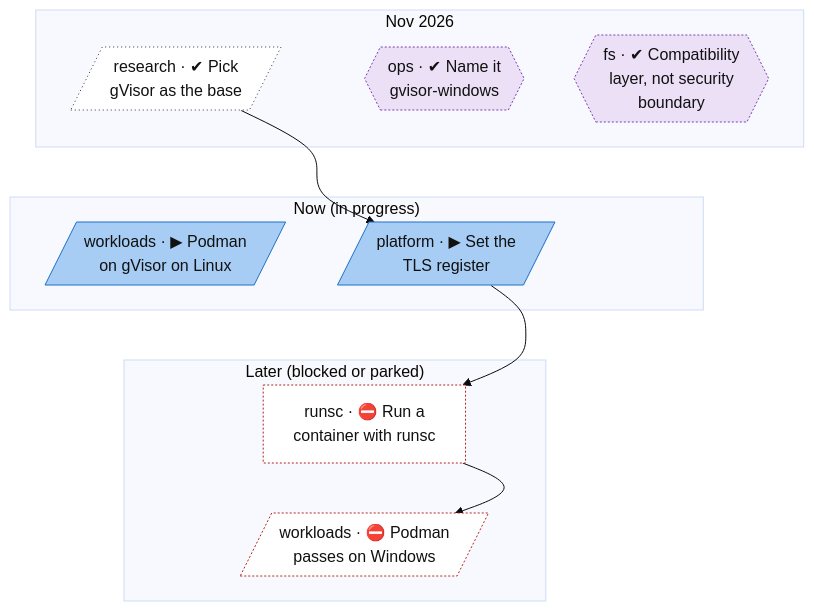
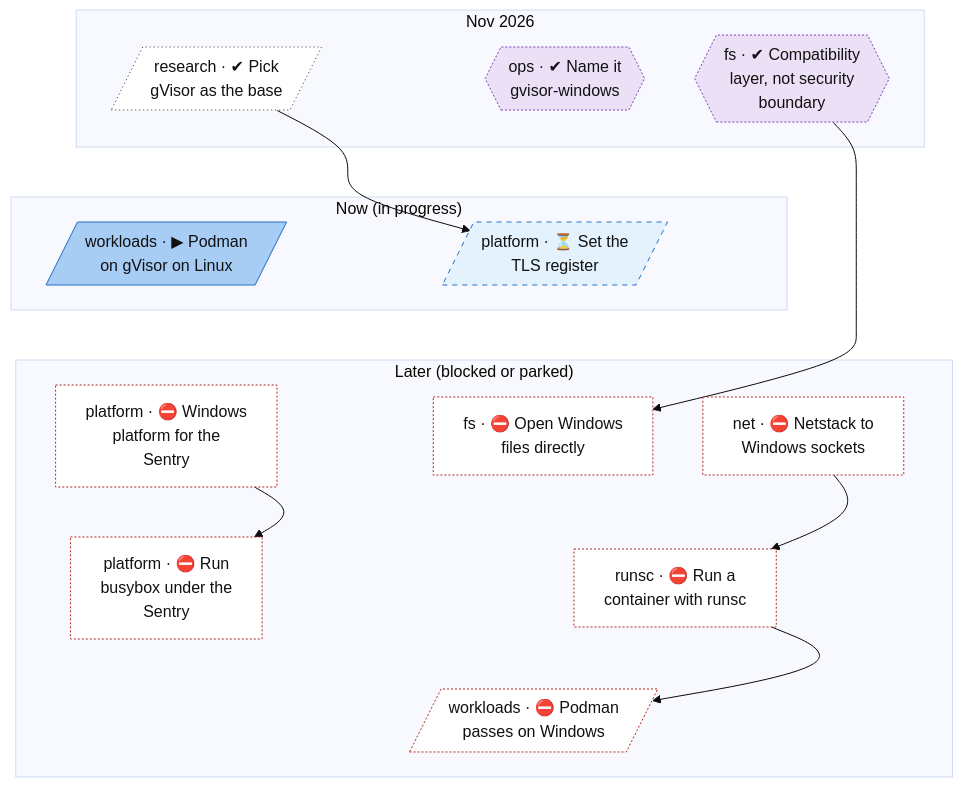
Before and after one commit to lhns/gvisor-windows: the second of 2 diagrams in docs/roadmap.md, drawn with Mermaid (base theme). The commit also changed other lines of this file and 13 other files, not shown here.

````diff
--- a/docs/roadmap.md
+++ b/docs/roadmap.md
@@ -100,43 +100,55 @@
 ```mermaid
 flowchart TB
     subgraph bd_0["Nov 2026"]
         research_gvisor_base[/"research · ✔ Pick<br/>gVisor as the base"/]
         ops_name_and_fork{{"ops · ✔ Name it<br/>gvisor-windows"}}
         fs_compat_layer_not_boundary{{"fs · ✔ Compatibility<br/>layer, not security<br/>boundary"}}
     end
     subgraph bd_1["Now (in progress)"]
         workloads_podman_on_gvisor_linux[/"workloads · ▶ Podman<br/>on gVisor on Linux"/]
-        platform_tls_register[/"platform · ▶ Set the<br/>TLS register"/]
+        platform_tls_register[/"platform · ⏳ Set the<br/>TLS register"/]
     end
     subgraph bd_2["Later (blocked or parked)"]
+        platform_winstub["platform · ⛔ Windows<br/>platform for the<br/>Sentry"]
+        fs_windows_directfs["fs · ⛔ Open Windows<br/>files directly"]
+        net_netstack_windows_link["net · ⛔ Netstack to<br/>Windows sockets"]
+        platform_busybox_on_windows["platform · ⛔ Run<br/>busybox under the<br/>Sentry"]
         runsc_container_on_windows["runsc · ⛔ Run a<br/>container with runsc"]
         workloads_podman_on_windows[/"workloads · ⛔ Podman<br/>passes on Windows"/]
     end
     research_gvisor_base ~~~ workloads_podman_on_gvisor_linux
     ops_name_and_fork ~~~ platform_tls_register
     fs_compat_layer_not_boundary ~~~ platform_tls_register
-    workloads_podman_on_gvisor_linux ~~~ runsc_container_on_windows
-    platform_tls_register ~~~ runsc_container_on_windows
+    workloads_podman_on_gvisor_linux ~~~ platform_winstub
+    platform_tls_register ~~~ fs_windows_directfs
+    platform_tls_register ~~~ net_netstack_windows_link
+    platform_winstub ~~~ platform_busybox_on_windows
+    fs_windows_directfs ~~~ runsc_container_on_windows
+    net_netstack_windows_link ~~~ runsc_container_on_windows
+    platform_busybox_on_windows ~~~ workloads_podman_on_windows
     runsc_container_on_windows ~~~ workloads_podman_on_windows
     research_gvisor_base --> platform_tls_register
-    platform_tls_register --> runsc_container_on_windows
+    fs_compat_layer_not_boundary --> fs_windows_directfs
+    platform_winstub --> platform_busybox_on_windows
+    net_netstack_windows_link --> runsc_container_on_windows
     runsc_container_on_windows --> workloads_podman_on_windows
     classDef vsucc fill:#2e9e4f,stroke:#1b6b34,color:#fff
     classDef succ fill:#bfe8c8,stroke:#2e9e4f,color:#111
     classDef mixed fill:#ffd37a,stroke:#c98a00,color:#111
     classDef bad fill:#f28b82,stroke:#b3261e,color:#111
     classDef dead fill:#e6e6e6,stroke:#777,stroke-dasharray:5 5,color:#555
     classDef inprog fill:#a8cdf5,stroke:#1f6fc5,color:#111
     classDef next fill:#fff,stroke:#333,color:#111
     classDef blocked fill:#fff,stroke:#b3261e,stroke-dasharray:2 2,color:#111
     classDef parked fill:#f3f3f3,stroke:#999,color:#555
     classDef unrated fill:#fff,stroke:#333,stroke-dasharray:1 3,color:#111
     classDef gate fill:#d9c2f0,stroke:#7b3fb5,color:#111
     classDef decided fill:#ece0f7,stroke:#7b3fb5,stroke-dasharray:2 2,color:#111
     classDef finding fill:#ffe0b2,stroke:#d84315,stroke-width:2px,color:#111
     classDef waiting fill:#e3f2fd,stroke:#1f6fc5,stroke-dasharray:5 5,color:#111
     class research_gvisor_base unrated
     class ops_name_and_fork,fs_compat_layer_not_boundary decided
-    class workloads_podman_on_gvisor_linux,platform_tls_register inprog
-    class workloads_podman_on_windows,runsc_container_on_windows blocked
+    class workloads_podman_on_gvisor_linux inprog
+    class platform_tls_register waiting
+    class workloads_podman_on_windows,runsc_container_on_windows,platform_winstub,platform_busybox_on_windows,fs_windows_directfs,net_netstack_windows_link blocked
 ```
````
